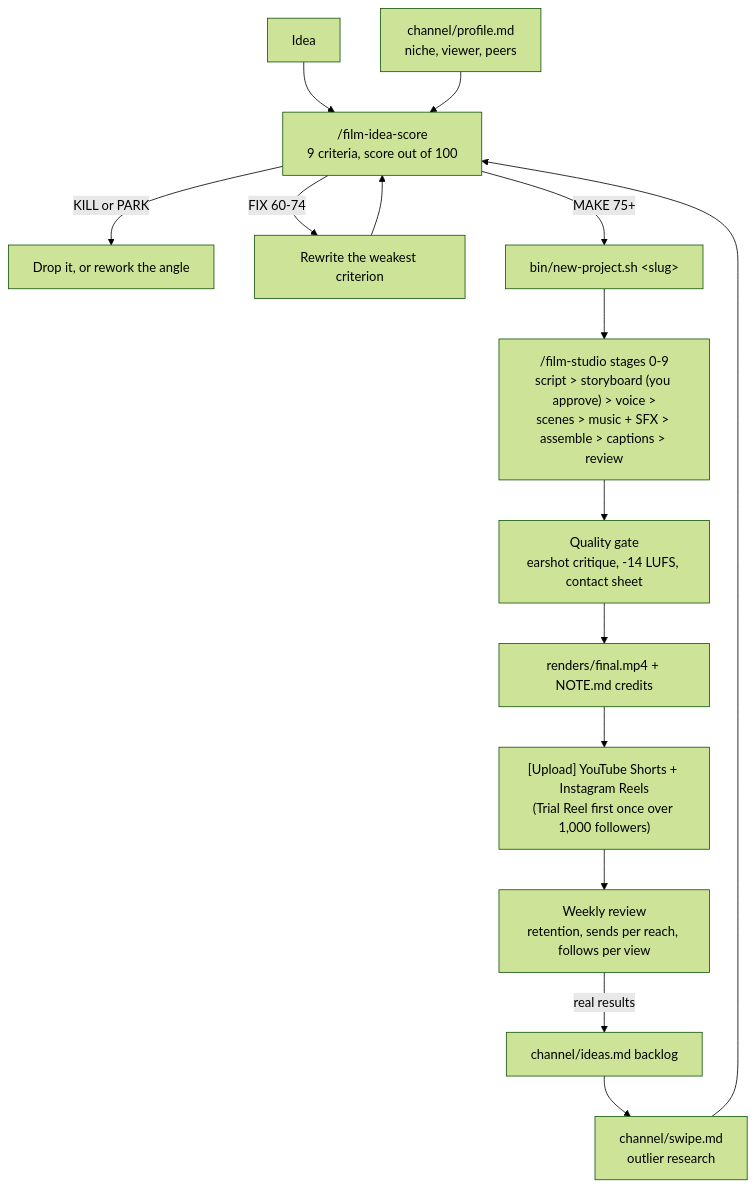
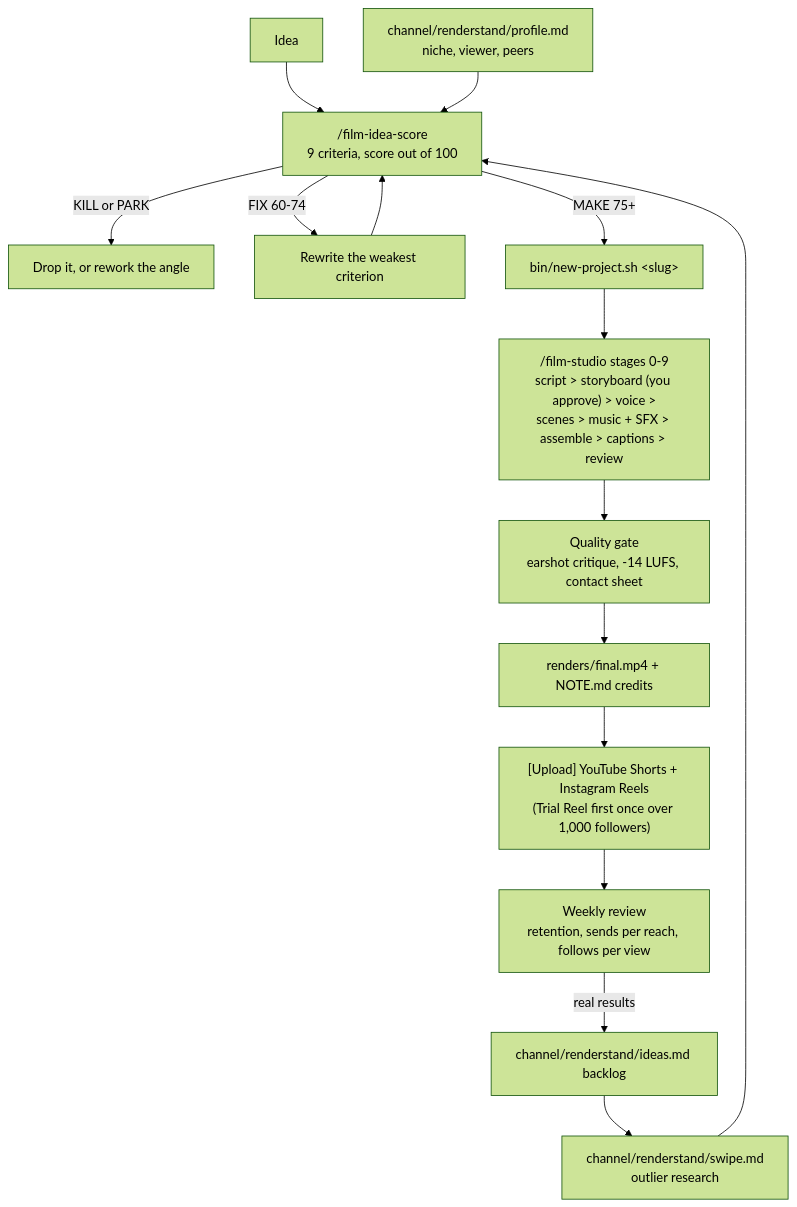
One commit to aiyu-ayaan/film-studio-agents changed the diagram in README.md. Above: the diagram before and after it, drawn with Mermaid (forest theme). The commit also changed other lines of this file and 8 other files, not shown here.

First line of the commit message:
feat: outro fades in over any film, new line; channel files move to channel/renderstand

````diff
--- a/README.md
+++ b/README.md
@@ -113,16 +111,16 @@
 ```mermaid
 flowchart TD
     A[Idea] --> B["/film-idea-score<br>9 criteria, score out of 100"]
-    P[channel/profile.md<br>niche, viewer, peers] --> B
-    S[channel/swipe.md<br>outlier research] --> B
+    P[channel/renderstand/profile.md<br>niche, viewer, peers] --> B
+    S[channel/renderstand/swipe.md<br>outlier research] --> B
     B -->|KILL or PARK| X[Drop it, or rework the angle]
     B -->|FIX 60-74| R[Rewrite the weakest criterion] --> B
     B -->|MAKE 75+| N["bin/new-project.sh &lt;slug&gt;"]
     N --> F["/film-studio stages 0-9<br>script > storyboard (you approve) > voice ><br>scenes > music + SFX > assemble > captions > review"]
     F --> Q[Quality gate<br>earshot critique, -14 LUFS, contact sheet]
     Q --> D[renders/final.mp4 + NOTE.md credits]
     D --> U["[Upload] YouTube Shorts + Instagram Reels<br>(Trial Reel first once over 1,000 followers)"]
     U --> W[Weekly review<br>retention, sends per reach, follows per view]
-    W -->|real results| I[channel/ideas.md backlog]
+    W -->|real results| I[channel/renderstand/ideas.md backlog]
     I --> S
 ```
````
